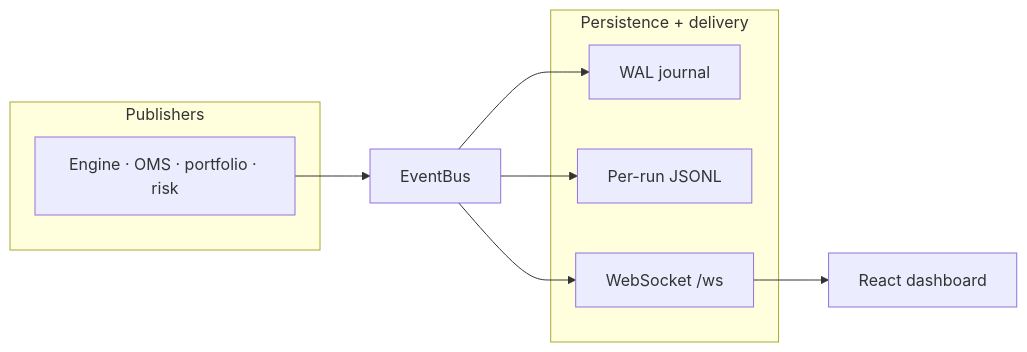
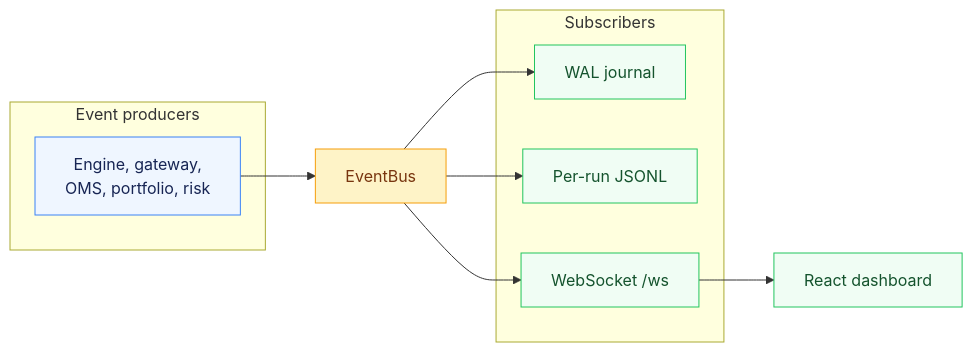
Before and after one commit to Zendragon98/algo-trading-hub: the fifth of 8 diagrams in README.md, drawn with Mermaid. The commit also changed other lines of this file and 13 other files, not shown here.

Commit message:
Polish architecture diagrams

````diff
--- a/README.md
+++ b/README.md
@@ -584,18 +614,29 @@
 ```mermaid
 flowchart LR
-    subgraph Produce["Publishers"]
-        ENG["Engine · OMS · portfolio · risk"]
+    subgraph Producers["Event producers"]
+        ENGINE["Engine, gateway,<br/>OMS, portfolio, risk"]
     end
+
     BUS["EventBus"]
-    subgraph Sink["Persistence + delivery"]
+
+    subgraph Subscribers["Subscribers"]
         WAL["WAL journal"]
         REC["Per-run JSONL"]
-        WSS["WebSocket /ws"]
+        WS["WebSocket /ws"]
     end
+
     UI["React dashboard"]
-    ENG --> BUS
+
+    ENGINE --> BUS
     BUS --> WAL
     BUS --> REC
-    BUS --> WSS
-    WSS --> UI
+    BUS --> WS
+    WS --> UI
+
+    classDef producer fill:#eff6ff,stroke:#3b82f6,color:#172554
+    classDef bus fill:#fef3c7,stroke:#f59e0b,color:#78350f
+    classDef sink fill:#f0fdf4,stroke:#22c55e,color:#14532d
+    class ENGINE producer
+    class BUS bus
+    class WAL,REC,WS,UI sink
 ```
````
